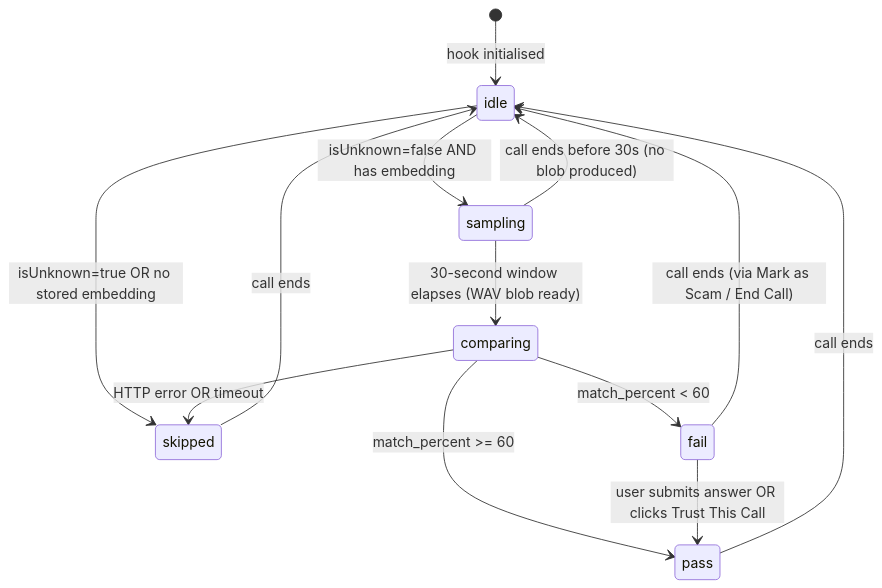
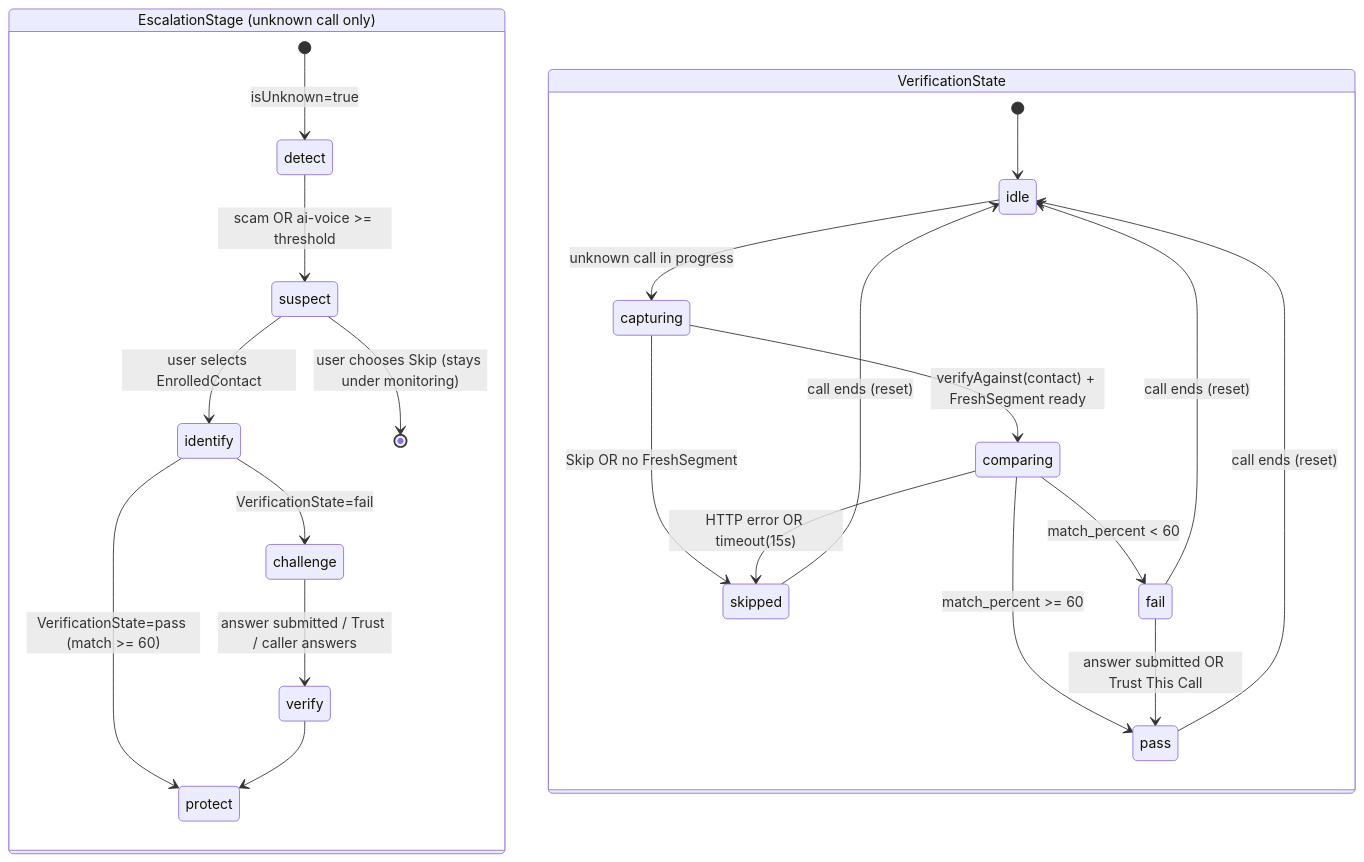
One commit to Shreya5619/VoiceShield changed the first of 2 diagrams in .kiro/specs/voice-verification-security/design.md. Above: the diagram before and after it, drawn with Mermaid. The commit also changed other lines of this file and 26 other files, not shown here.

````diff
--- a/.kiro/specs/voice-verification-security/design.md
+++ b/.kiro/specs/voice-verification-security/design.md
@@ -248,20 +393,30 @@
 ```mermaid
 stateDiagram-v2
-    [*] --> idle : hook initialised
+    direction TB
 
-    idle --> skipped   : isUnknown=true OR no stored embedding
-    idle --> sampling  : isUnknown=false AND has embedding
+    state "EscalationStage (unknown call only)" as ES {
+        [*] --> detect : isUnknown=true
+        detect --> suspect  : scam OR ai-voice >= threshold
+        suspect --> identify : user selects EnrolledContact
+        suspect --> [*]      : user chooses Skip (stays under monitoring)
+        identify --> challenge : VerificationState=fail
+        identify --> protect   : VerificationState=pass (match >= 60)
+        challenge --> verify   : answer submitted / Trust / caller answers
+        verify --> protect
+        %% out-of-order requests are rejected, stage retained
+    }
 
-    sampling --> comparing : 30-second window elapses (WAV blob ready)
-    sampling --> idle      : call ends before 30s (no blob produced)
-
-    comparing --> pass    : match_percent >= 60
-    comparing --> fail    : match_percent < 60
-    comparing --> skipped : HTTP error OR timeout
-
-    fail --> pass : user submits answer OR clicks Trust This Call
-
-    pass --> idle    : call ends
-    fail --> idle    : call ends (via Mark as Scam / End Call)
-    skipped --> idle : call ends
+    state "VerificationState" as VS {
+        [*] --> idle
+        idle --> capturing : unknown call in progress
+        capturing --> comparing : verifyAgainst(contact) + FreshSegment ready
+        capturing --> skipped   : Skip OR no FreshSegment
+        comparing --> pass  : match_percent >= 60
+        comparing --> fail  : match_percent < 60
+        comparing --> skipped : HTTP error OR timeout(15s)
+        fail --> pass : answer submitted OR Trust This Call
+        pass --> idle    : call ends (reset)
+        fail --> idle    : call ends (reset)
+        skipped --> idle : call ends (reset)
+    }
 ```
````
